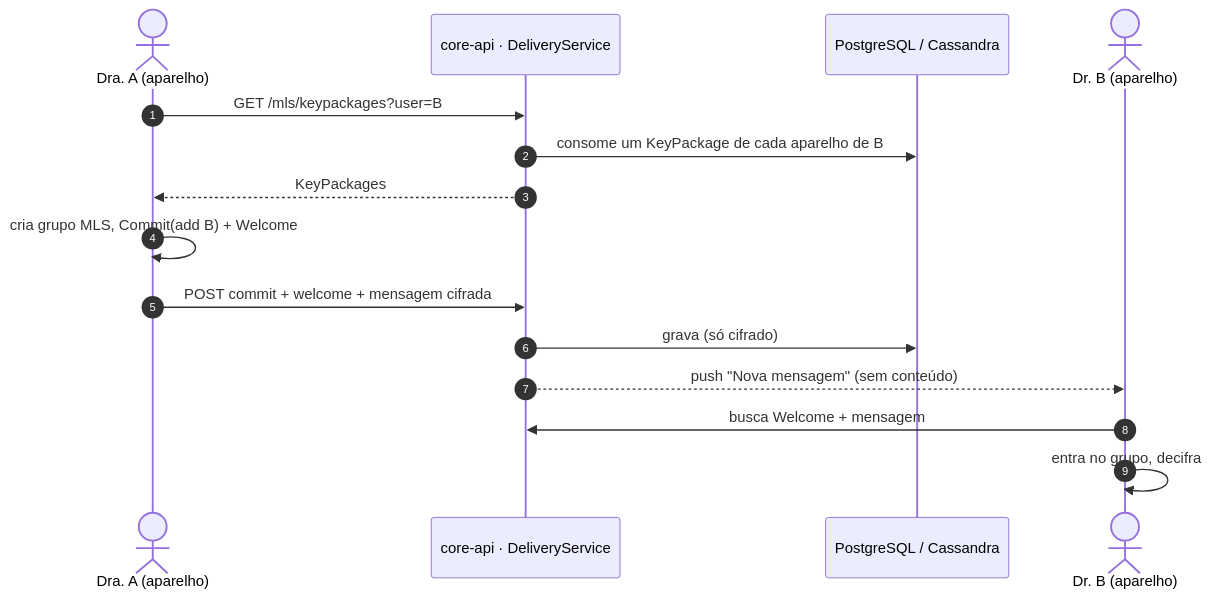
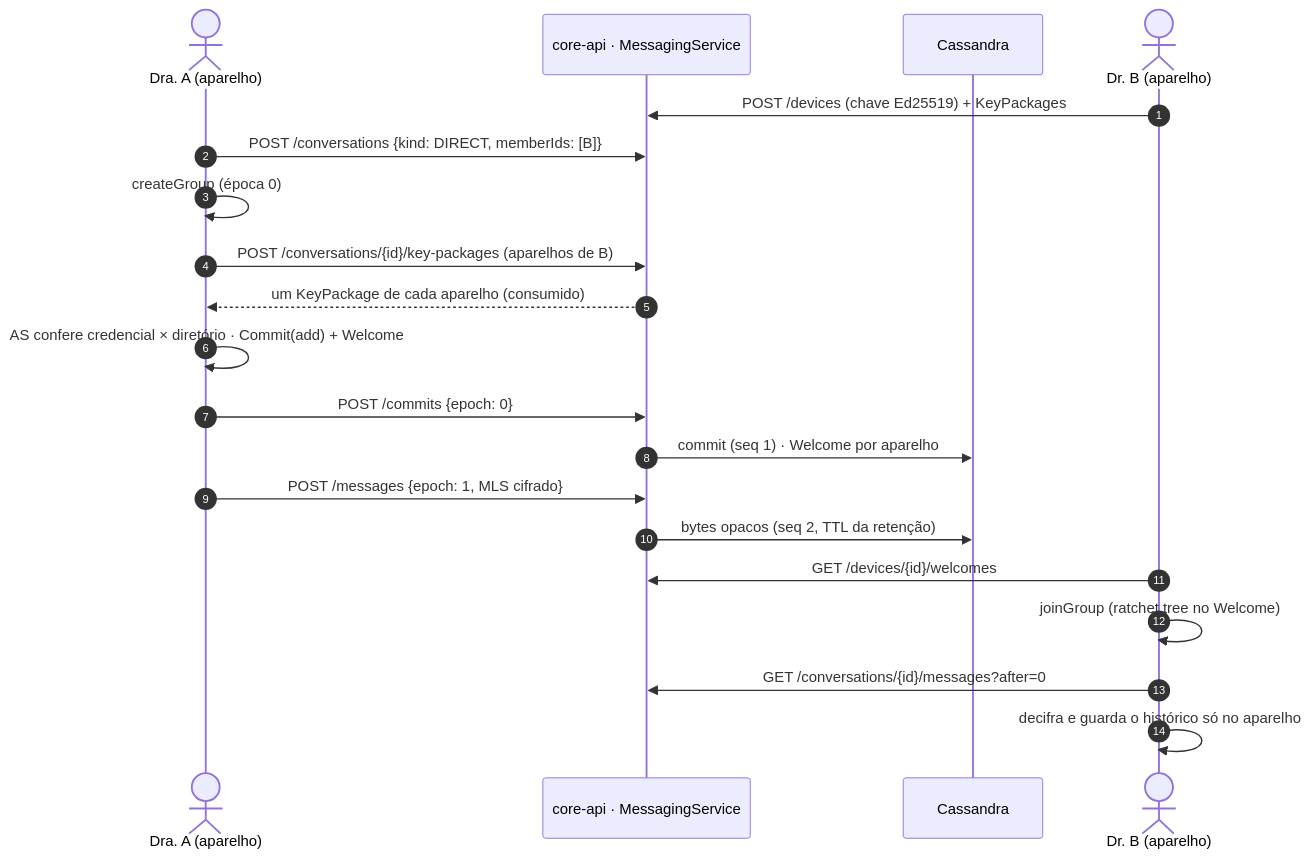
The fourth of 6 diagrams in docs/rf/RF06-chat-e2ee.md (MatheusHaliski/doctor_explorer), drawn with Mermaid before and after one commit. The commit also changed other lines of this file and 53 other files, not shown here.

````diff
--- a/docs/rf/RF06-chat-e2ee.md
+++ b/docs/rf/RF06-chat-e2ee.md
@@ -91,17 +133,22 @@
 ```mermaid
 sequenceDiagram
     autonumber
     actor A as Dra. A (aparelho)
-    participant DS as core-api · DeliveryService
-    participant P as PostgreSQL / Cassandra
+    participant DS as core-api · MessagingService
+    participant C as Cassandra
     actor B as Dr. B (aparelho)
-    A->>DS: GET /mls/keypackages?user=B
-    DS->>P: consome um KeyPackage de cada aparelho de B
-    DS-->>A: KeyPackages
-    A->>A: cria grupo MLS, Commit(add B) + Welcome
-    A->>DS: POST commit + welcome + mensagem cifrada
-    DS->>P: grava (só cifrado)
-    DS-->>B: push "Nova mensagem" (sem conteúdo)
-    B->>DS: busca Welcome + mensagem
-    B->>B: entra no grupo, decifra
+    B->>DS: POST /devices (chave Ed25519) + KeyPackages
+    A->>DS: POST /conversations {kind: DIRECT, memberIds: [B]}
+    A->>A: createGroup (época 0)
+    A->>DS: POST /conversations/{id}/key-packages (aparelhos de B)
+    DS-->>A: um KeyPackage de cada aparelho (consumido)
+    A->>A: AS confere credencial × diretório · Commit(add) + Welcome
+    A->>DS: POST /commits {epoch: 0}
+    DS->>C: commit (seq 1) · Welcome por aparelho
+    A->>DS: POST /messages {epoch: 1, MLS cifrado}
+    DS->>C: bytes opacos (seq 2, TTL da retenção)
+    B->>DS: GET /devices/{id}/welcomes
+    B->>B: joinGroup (ratchet tree no Welcome)
+    B->>DS: GET /conversations/{id}/messages?after=0
+    B->>B: decifra e guarda o histórico só no aparelho
 ```
````
